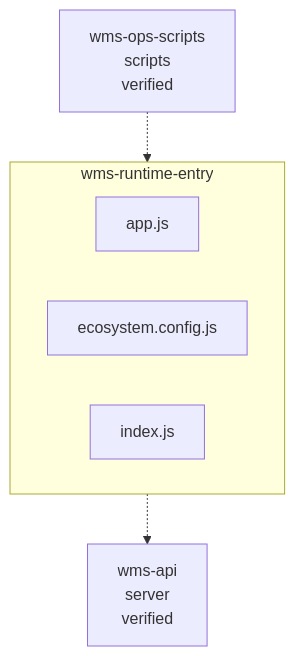
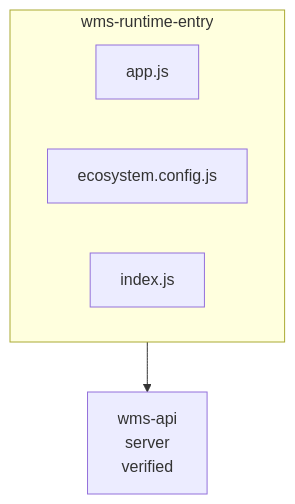
Before and after one commit to Islamce/WMS: the diagram in .ai/diagrams/component-wms-runtime-entry.md, drawn with Mermaid. The commit also changed other lines of this file and 94 other files, not shown here.

````diff
--- a/.ai/diagrams/component-wms-runtime-entry.md
+++ b/.ai/diagrams/component-wms-runtime-entry.md
@@ -7,12 +7,10 @@
 ```mermaid
 graph TB
   subgraph wms_runtime_entry_box["wms-runtime-entry"]
     ep_app_js["app.js"]
     ep_ecosystem_config_js["ecosystem.config.js"]
     ep_index_js["index.js"]
   end
   wms_api["wms-api<br/>server<br/>verified"]
-  wms_runtime_entry_box -.-> wms_api
-  wms_ops_scripts["wms-ops-scripts<br/>scripts<br/>verified"]
-  wms_ops_scripts -.-> wms_runtime_entry_box
+  wms_runtime_entry_box --> wms_api
 ```
````
